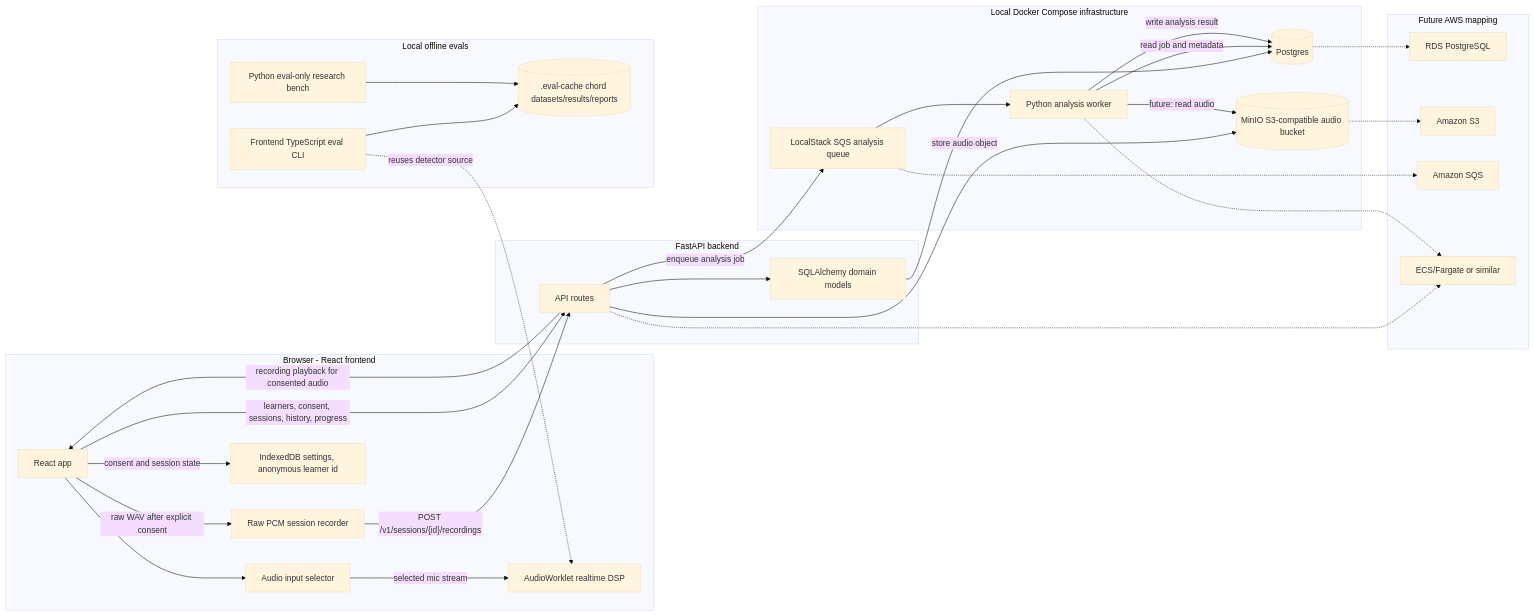
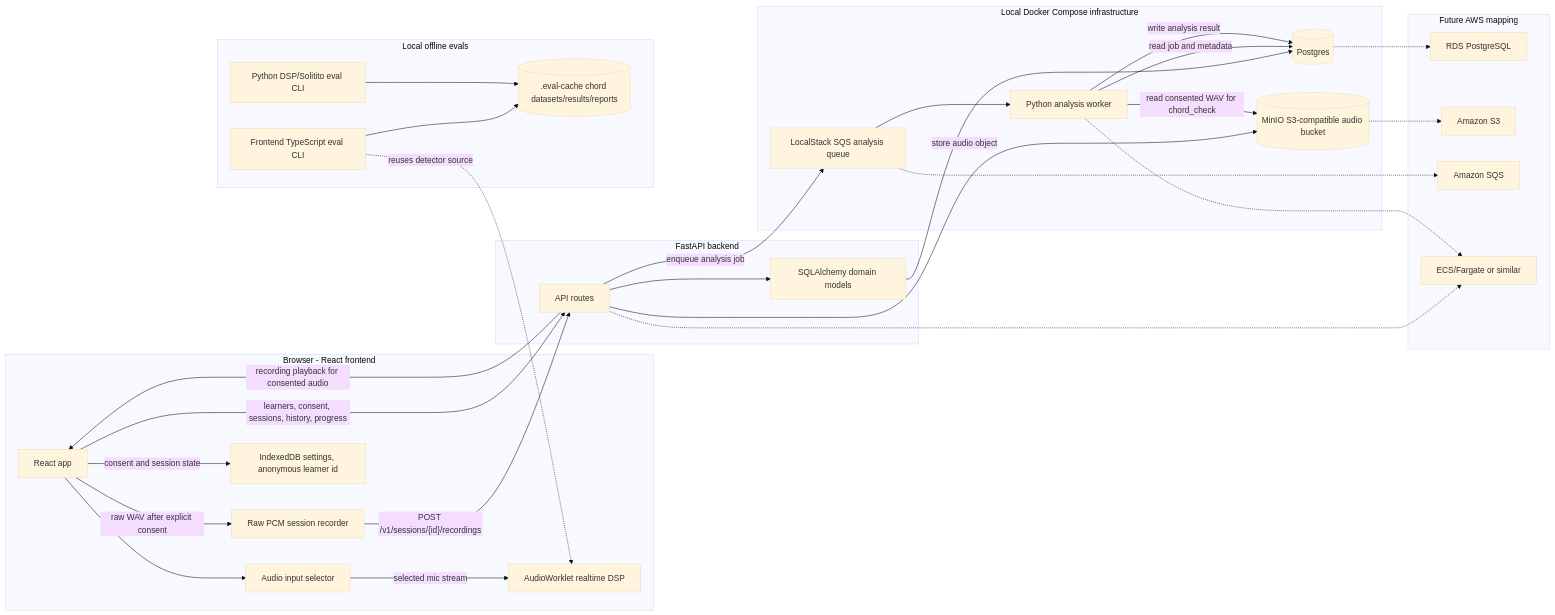
Before and after one commit to shivamk3r/guitar: the diagram in docs/system_diagram.md, drawn with Mermaid (base theme). The commit also changed 20 other files, not shown here.

Commit message:
Add Solitito backend chord detection

````diff
--- a/docs/system_diagram.md
+++ b/docs/system_diagram.md
@@ -3,61 +3,61 @@
 ```mermaid
 flowchart LR
   subgraph Browser["Browser - React frontend"]
     UI["React app"]
     MicSelect["Audio input selector"]
     Worklet["AudioWorklet realtime DSP"]
     Recorder["Raw PCM session recorder"]
     IndexedDB["IndexedDB settings, anonymous learner id"]
   end
 
   subgraph Backend["FastAPI backend"]
     API["API routes"]
     Models["SQLAlchemy domain models"]
   end
 
   subgraph LocalEval["Local offline evals"]
     EvalCache[(".eval-cache chord datasets/results/reports")]
     FrontendEval["Frontend TypeScript eval CLI"]
-    PyEval["Python eval-only research bench"]
+    PyEval["Python DSP/Solitito eval CLI"]
   end
 
   subgraph LocalInfra["Local Docker Compose infrastructure"]
     Postgres[("Postgres")]
     MinIO[("MinIO S3-compatible audio bucket")]
     SQS["LocalStack SQS analysis queue"]
     Worker["Python analysis worker"]
   end
 
   UI --> MicSelect
   MicSelect -->|"selected mic stream"| Worklet
   UI -->|"consent and session state"| IndexedDB
   UI -->|"raw WAV after explicit consent"| Recorder
   Recorder -->|"POST /v1/sessions/{id}/recordings"| API
   UI -->|"learners, consent, sessions, history, progress"| API
   API -->|"recording playback for consented audio"| UI
 
   API --> Models
   Models --> Postgres
   API -->|"store audio object"| MinIO
   API -->|"enqueue analysis job"| SQS
   SQS --> Worker
   Worker -->|"read job and metadata"| Postgres
-  Worker -->|"future: read audio"| MinIO
+  Worker -->|"read consented WAV for chord_check"| MinIO
   Worker -->|"write analysis result"| Postgres
   FrontendEval -.->|"reuses detector source"| Worklet
   FrontendEval --> EvalCache
   PyEval --> EvalCache
 
   subgraph AWS["Future AWS mapping"]
     RDS["RDS PostgreSQL"]
     S3["Amazon S3"]
     AmazonSQS["Amazon SQS"]
     Containers["ECS/Fargate or similar"]
   end
 
   Postgres -.-> RDS
   MinIO -.-> S3
   SQS -.-> AmazonSQS
   API -.-> Containers
   Worker -.-> Containers
 ```
````
